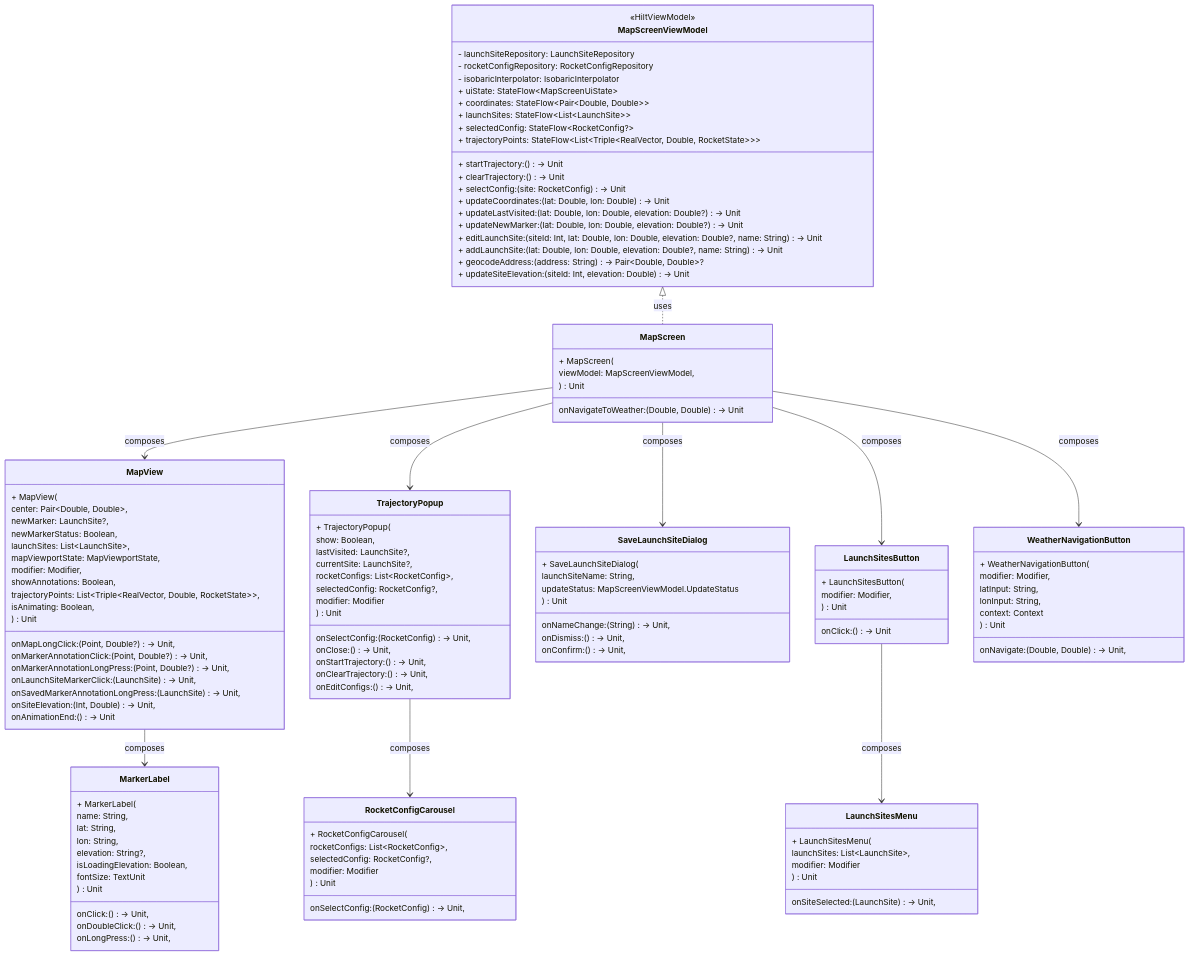
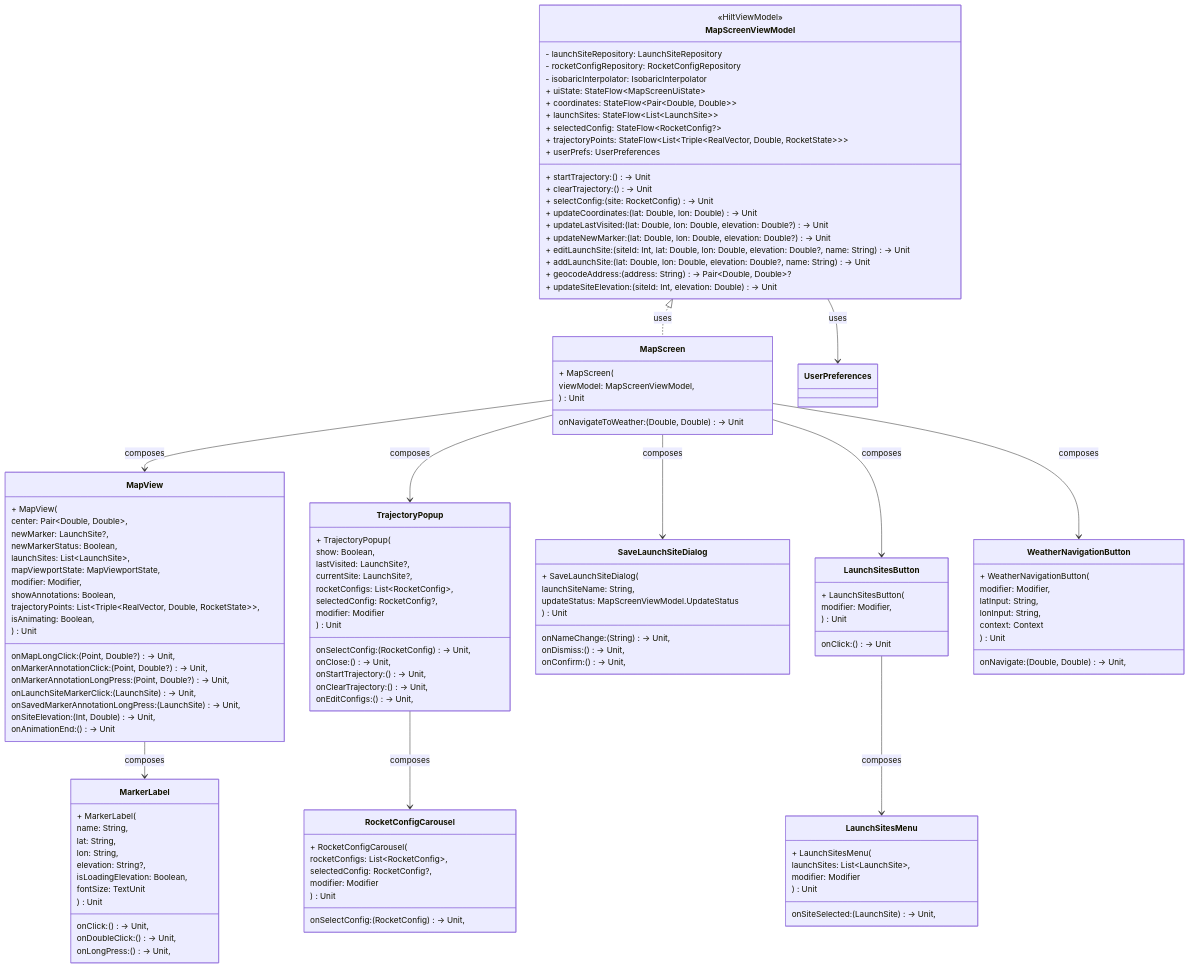
One commit to insaafmah/SOAR changed diagram 11 of 18 in MODELING.md. Above: the diagram before and after it, drawn with Mermaid. The commit also changed other lines of this file, not shown here.

```diff
--- a/MODELING.md
+++ b/MODELING.md
@@ -909,6 +909,7 @@
         + addLaunchSite: (lat: Double, lon: Double, elevation: Double?, name: String) -> Unit
         + geocodeAddress: (address: String) -> Pair&lt;Double, Double&gt;?
         + updateSiteElevation: (siteId: Int, elevation: Double) -> Unit
+        + userPrefs: UserPreferences
     }
 
     class MapScreen {
@@ -1015,6 +1016,7 @@
 
     %% Relationships
     MapScreenViewModel <|.. MapScreen        : uses
+    MapScreenViewModel --> UserPreferences : uses
     MapScreen --> MapView                   : composes
     MapScreen --> TrajectoryPopup           : composes
     MapScreen --> SaveLaunchSiteDialog      : composes
```
